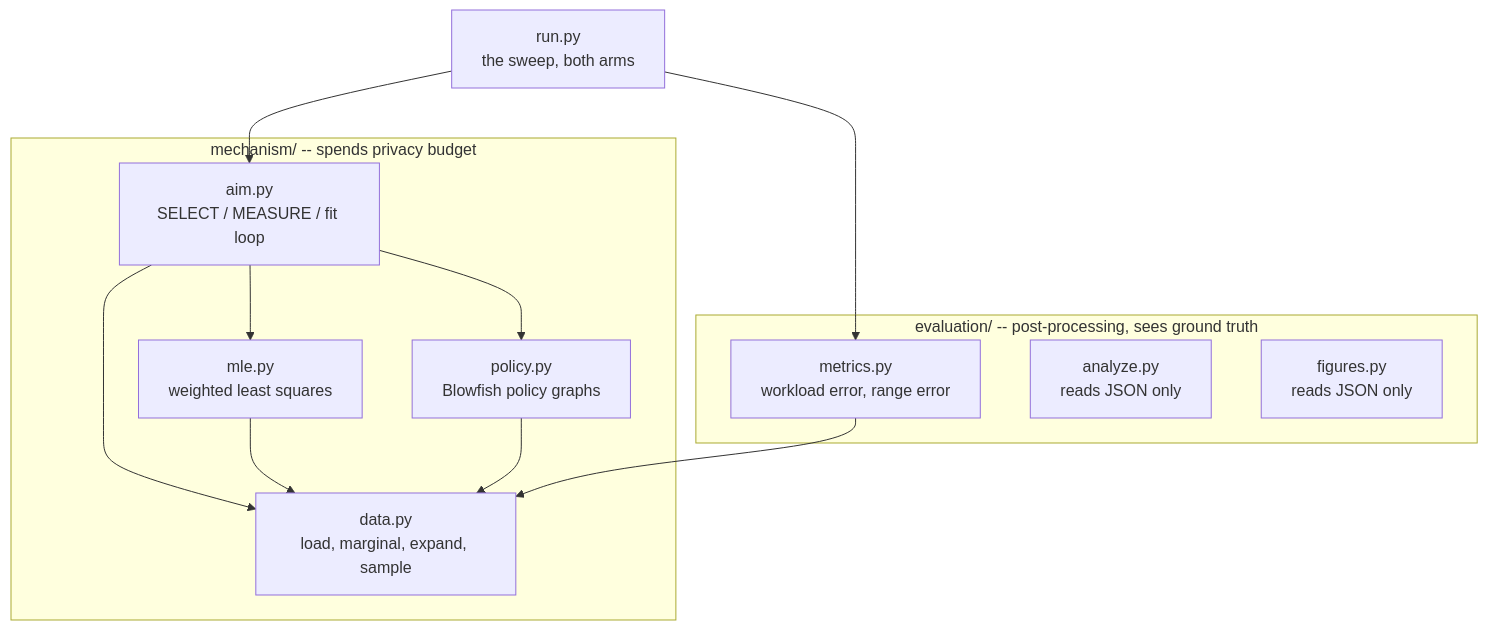
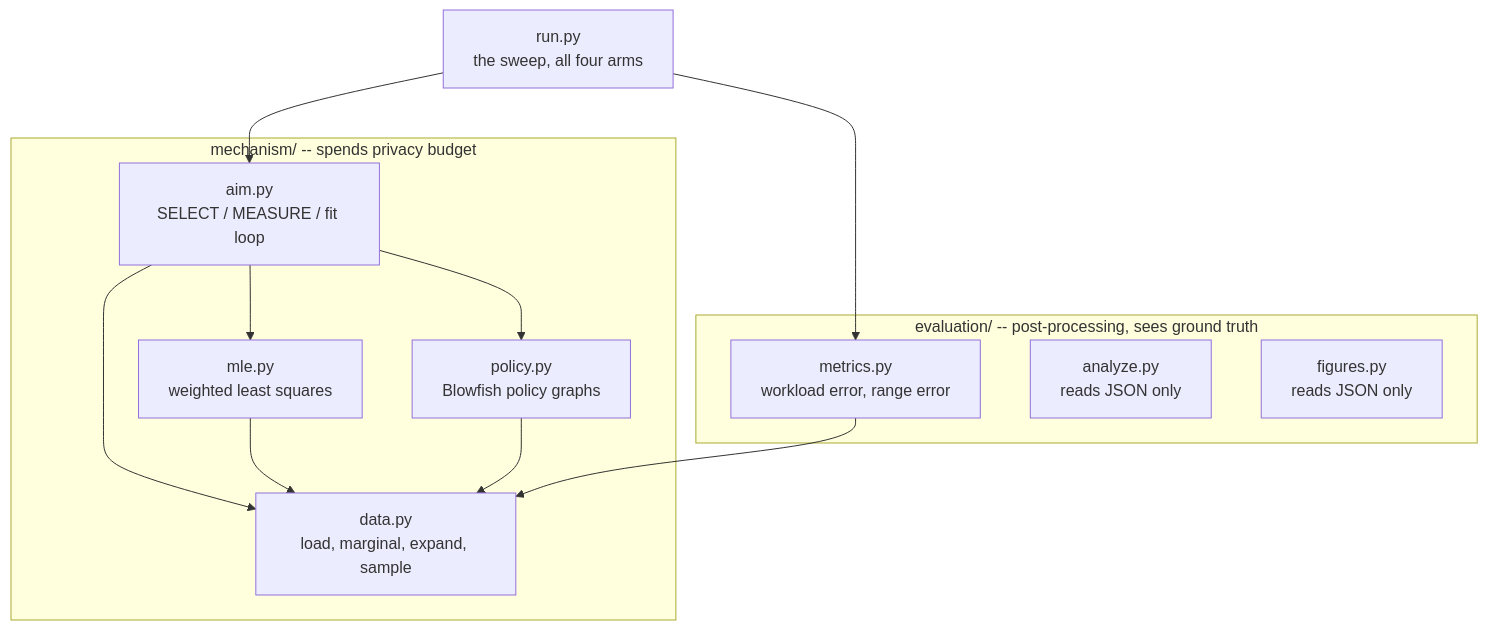
One commit to gauthamramesh3110/blowfish-aim-adult changed the first of 3 diagrams in docs/architecture.md. Above: the diagram before and after it, drawn with Mermaid. The commit also changed other lines of this file and 19 other files, not shown here.

````diff
--- a/docs/architecture.md
+++ b/docs/architecture.md
@@ -60,26 +63,26 @@
 ```mermaid
 graph TD
-    run["run.py<br/>the sweep, both arms"]
+    run["run.py<br/>the sweep, all four arms"]
 
     subgraph mechanism["mechanism/ -- spends privacy budget"]
         aim["aim.py<br/>SELECT / MEASURE / fit loop"]
         mle["mle.py<br/>weighted least squares"]
         policy["policy.py<br/>Blowfish policy graphs"]
         data["data.py<br/>load, marginal, expand, sample"]
     end
 
     subgraph evaluation["evaluation/ -- post-processing, sees ground truth"]
         metrics["metrics.py<br/>workload error, range error"]
         analyze["analyze.py<br/>reads JSON only"]
         figures["figures.py<br/>reads JSON only"]
     end
 
     run --> aim
     run --> metrics
     aim --> mle
     aim --> policy
     aim --> data
     mle --> data
     policy --> data
     metrics --> data
 ```
````
